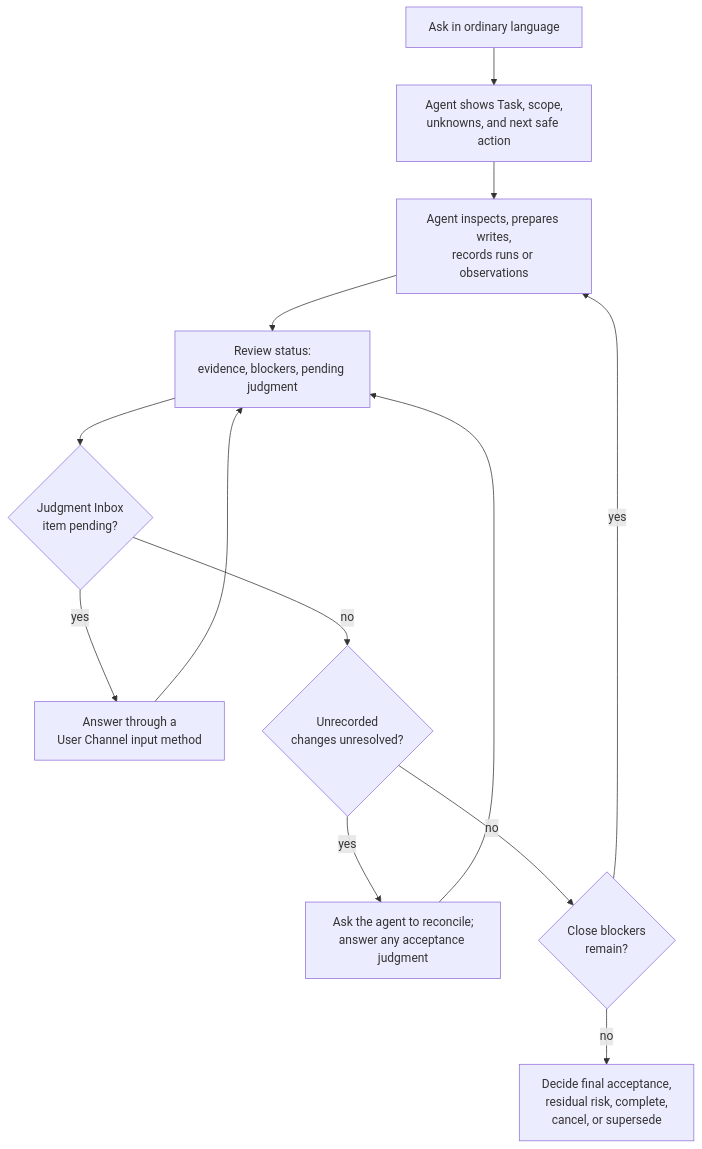
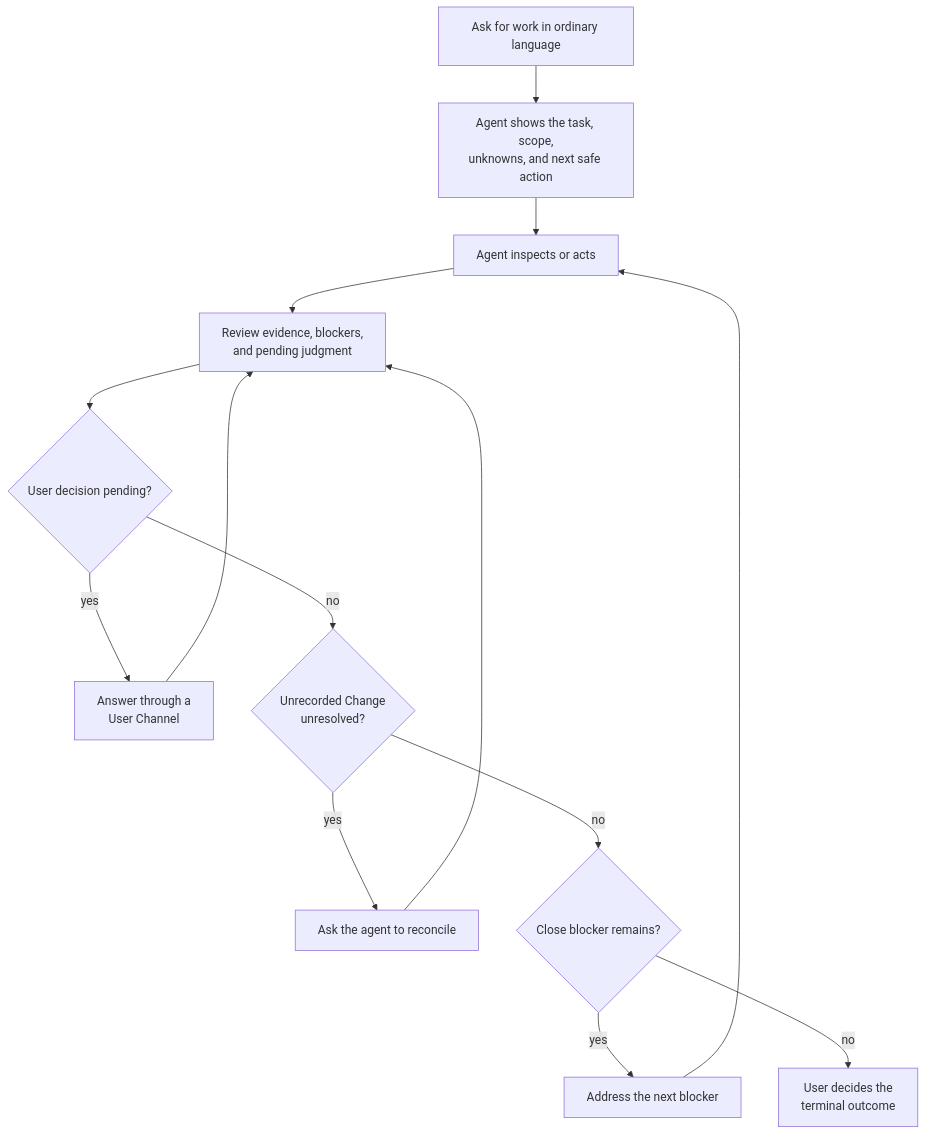
The diagram in docs/en/user-guide/user-workflow.md (minjungw00/Volicord), drawn with Mermaid before and after one commit. The commit also changed other lines of this file and 3 other files, not shown here.

````diff
--- a/docs/en/user-guide/user-workflow.md
+++ b/docs/en/user-guide/user-workflow.md
@@ -19,21 +10,22 @@
 ```mermaid
 flowchart TD
-  ask["Ask in ordinary language"]
-  boundary["Agent shows Task, scope,<br/>unknowns, and next safe action"]
-  action["Agent inspects, prepares writes,<br/>records runs or observations"]
-  status["Review status:<br/>evidence, blockers, pending judgment"]
-  judgment{"Judgment Inbox<br/>item pending?"}
-  answer["Answer through a<br/>User Channel input method"]
-  changes{"Unrecorded<br/>changes unresolved?"}
-  reconcile["Ask the agent to reconcile;<br/>answer any acceptance judgment"]
-  close{"Close blockers<br/>remain?"}
-  finish["Decide final acceptance,<br/>residual risk, complete,<br/>cancel, or supersede"]
+  ask["Ask for work in ordinary language"]
+  boundary["Agent shows the task, scope,<br/>unknowns, and next safe action"]
+  action["Agent inspects or acts"]
+  status["Review evidence, blockers,<br/>and pending judgment"]
+  judgment{"User decision pending?"}
+  answer["Answer through a<br/>User Channel"]
+  changes{"Unrecorded Change<br/>unresolved?"}
+  reconcile["Ask the agent to reconcile"]
+  close{"Close blocker remains?"}
+  continue["Address the next blocker"]
+  finish["User decides the<br/>terminal outcome"]
 
   ask --> boundary --> action --> status --> judgment
   judgment -- yes --> answer --> status
   judgment -- no --> changes
   changes -- yes --> reconcile --> status
   changes -- no --> close
-  close -- yes --> action
+  close -- yes --> continue --> action
   close -- no --> finish
 ```
````
